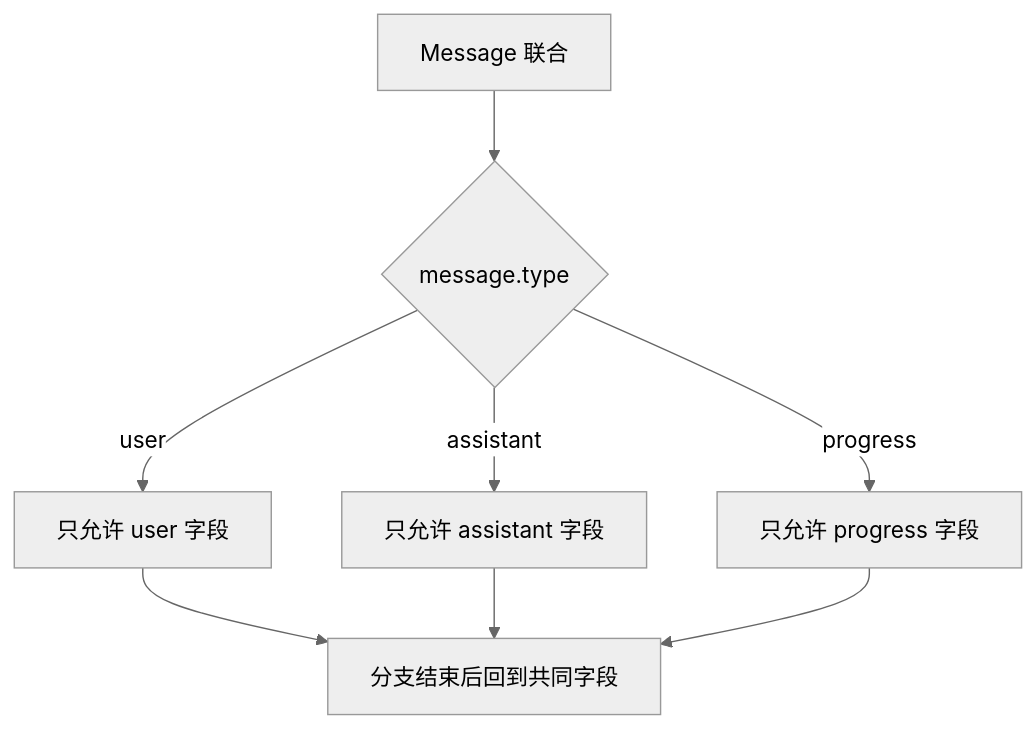
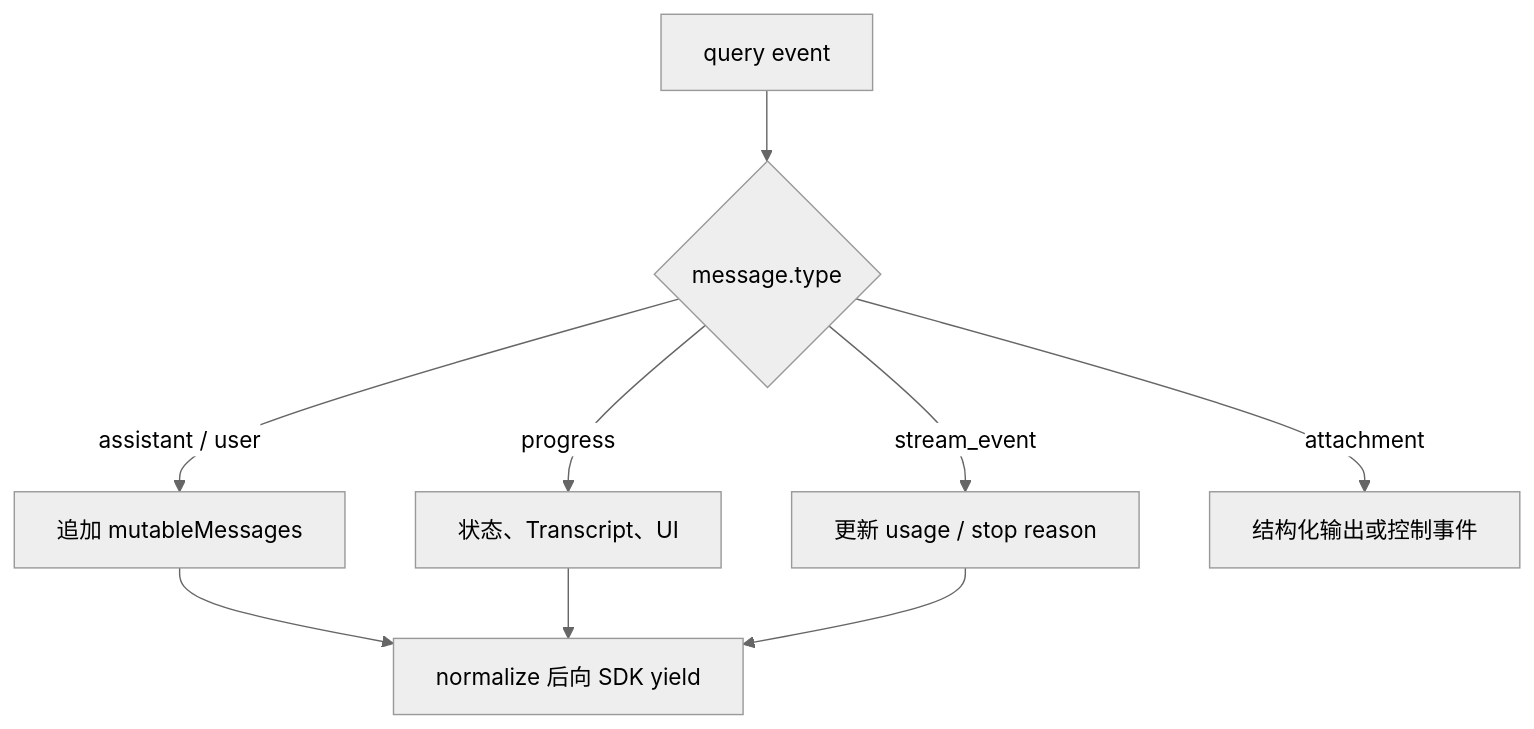
One commit to bai201928/claude-code-source-course changed the sixth of 13 diagrams in curriculum/units/M01/final.md. Above: the diagram before and after it, drawn with Mermaid (neutral theme). The commit also changed other lines of this file, not shown here.

````diff
--- a/curriculum/units/M01/final.md
+++ b/curriculum/units/M01/final.md
@@ -299,10 +619,11 @@
 ```mermaid
 flowchart TD
-  ALL["Message 联合"] --> TEST{"message.type"}
-  TEST -->|"user"| U["只允许 user 字段"]
-  TEST -->|"assistant"| A["只允许 assistant 字段"]
-  TEST -->|"progress"| P["只允许 progress 字段"]
-  U --> JOIN["分支结束后回到共同字段"]
-  A --> JOIN
-  P --> JOIN
+  EVENT["query event"] --> TYPE{"message.type"}
+  TYPE -->|"assistant / user"| STORE["追加 mutableMessages"]
+  TYPE -->|"progress"| PROGRESS["状态、Transcript、UI"]
+  TYPE -->|"stream_event"| USAGE["更新 usage / stop reason"]
+  TYPE -->|"attachment"| CONTROL["结构化输出或控制事件"]
+  STORE --> SDK["normalize 后向 SDK yield"]
+  PROGRESS --> SDK
+  USAGE --> SDK
 ```
````
